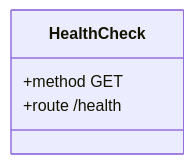
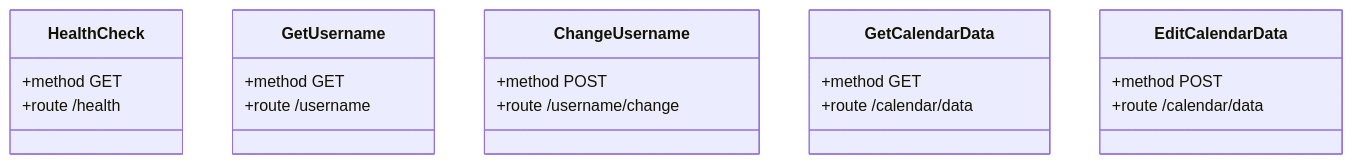
The diagram in example/cge/src/generated/extern/api/Uml/endpoints/index.md (deadifieded/cge), drawn with Mermaid before and after one commit. The commit also changed other lines of this file and 57 other files, not shown here.

````diff
--- a/example/cge/src/generated/extern/api/Uml/endpoints/index.md
+++ b/example/cge/src/generated/extern/api/Uml/endpoints/index.md
@@ -3,7 +3,23 @@
 ```mermaid
 classDiagram
   class HealthCheck {
     +method GET
     +route /health
   }
+  class GetUsername {
+    +method GET
+    +route /username
+  }
+  class ChangeUsername {
+    +method POST
+    +route /username/change
+  }
+  class GetCalendarData {
+    +method GET
+    +route /calendar/data
+  }
+  class EditCalendarData {
+    +method POST
+    +route /calendar/data
+  }
 ```
````
